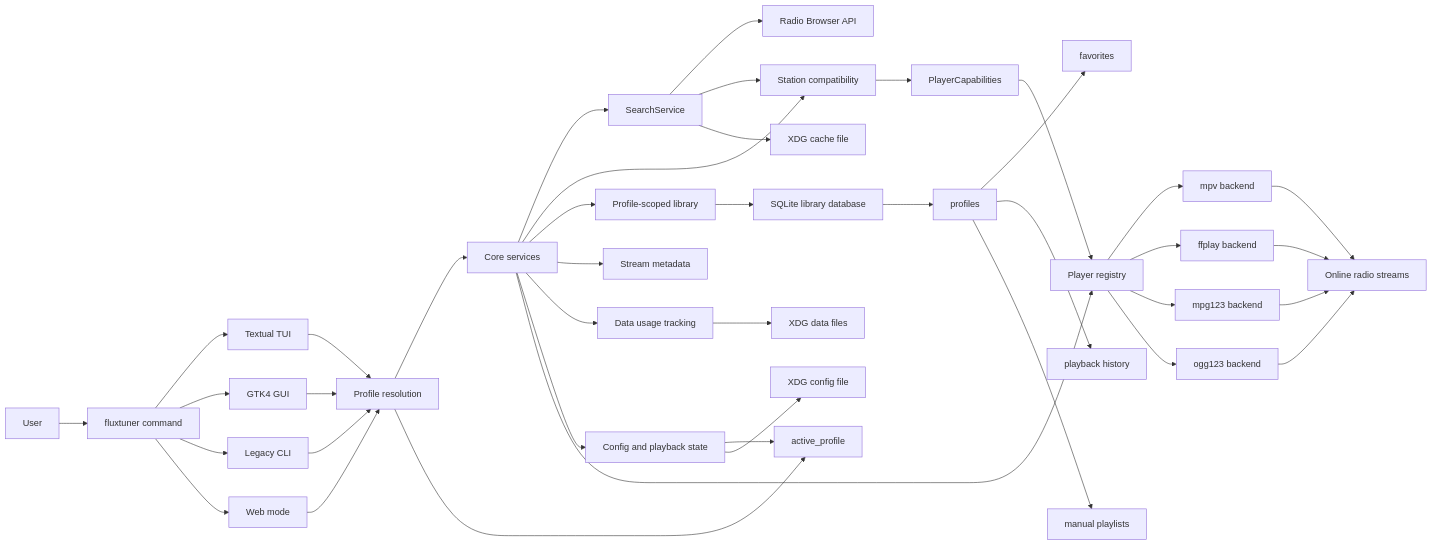
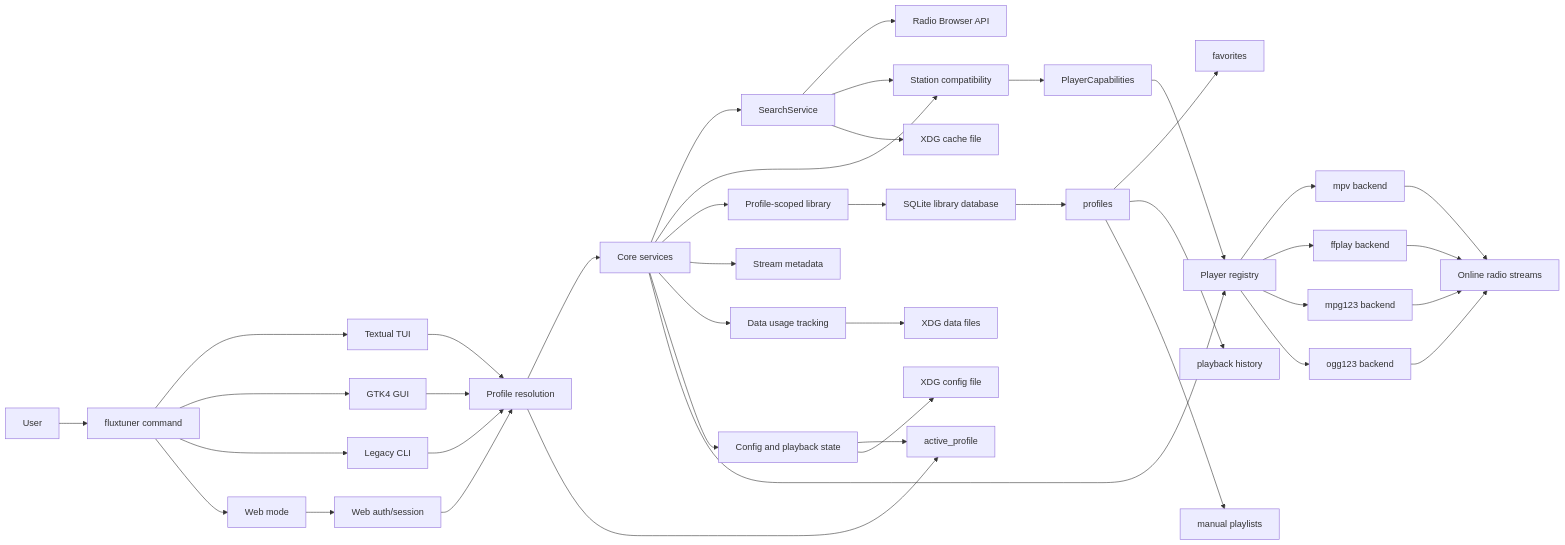
One commit to pitill0/fluxtuner changed the first of 2 diagrams in docs/architecture.md. Above: the diagram before and after it, drawn with Mermaid. The commit also changed other lines of this file and 2 other files, not shown here.

Commit message:
Polish container docs and architecture diagrams

````diff
--- a/docs/architecture.md
+++ b/docs/architecture.md
@@ -57,50 +57,51 @@
 ```mermaid
 flowchart LR
     User["User"] --> Entry["fluxtuner command"]
     Entry --> TUI["Textual TUI"]
     Entry --> GUI["GTK4 GUI"]
     Entry --> CLI["Legacy CLI"]
     Entry --> Web["Web mode"]
+    Web --> WebAuth["Web auth/session"]
 
     TUI --> ProfileResolution["Profile resolution"]
     GUI --> ProfileResolution
     CLI --> ProfileResolution
-    Web --> ProfileResolution
+    WebAuth --> ProfileResolution
 
     ProfileResolution --> Services["Core services"]
 
     Services --> Search["SearchService"]
     Services --> Compatibility["Station compatibility"]
     Services --> Library["Profile-scoped library"]
     Services --> Metadata["Stream metadata"]
     Services --> Usage["Data usage tracking"]
     Services --> Config["Config and playback state"]
     Services --> PlayerRegistry["Player registry"]
 
     Search --> RadioBrowser["Radio Browser API"]
     Search --> Compatibility
     Compatibility --> Capabilities["PlayerCapabilities"]
     Capabilities --> PlayerRegistry
 
     PlayerRegistry --> MPV["mpv backend"]
     PlayerRegistry --> FFPLAY["ffplay backend"]
     PlayerRegistry --> MPG123["mpg123 backend"]
     PlayerRegistry --> OGG123["ogg123 backend"]
 
     MPV --> Streams["Online radio streams"]
     FFPLAY --> Streams
     MPG123 --> Streams
     OGG123 --> Streams
 
     Config --> ActiveProfile["active_profile"]
     ProfileResolution --> ActiveProfile
     Library --> LibraryDB["SQLite library database"]
     LibraryDB --> Profiles["profiles"]
     Profiles --> Favorites["favorites"]
     Profiles --> History["playback history"]
     Profiles --> ManualPlaylists["manual playlists"]
 
     Usage --> DataStorage["XDG data files"]
     Config --> ConfigStorage["XDG config file"]
     Search --> CacheStorage["XDG cache file"]
 ```
````
